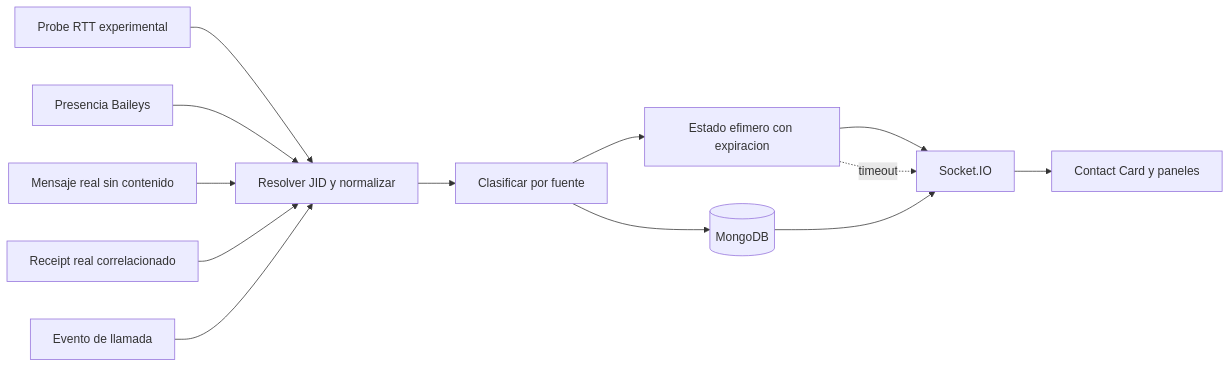
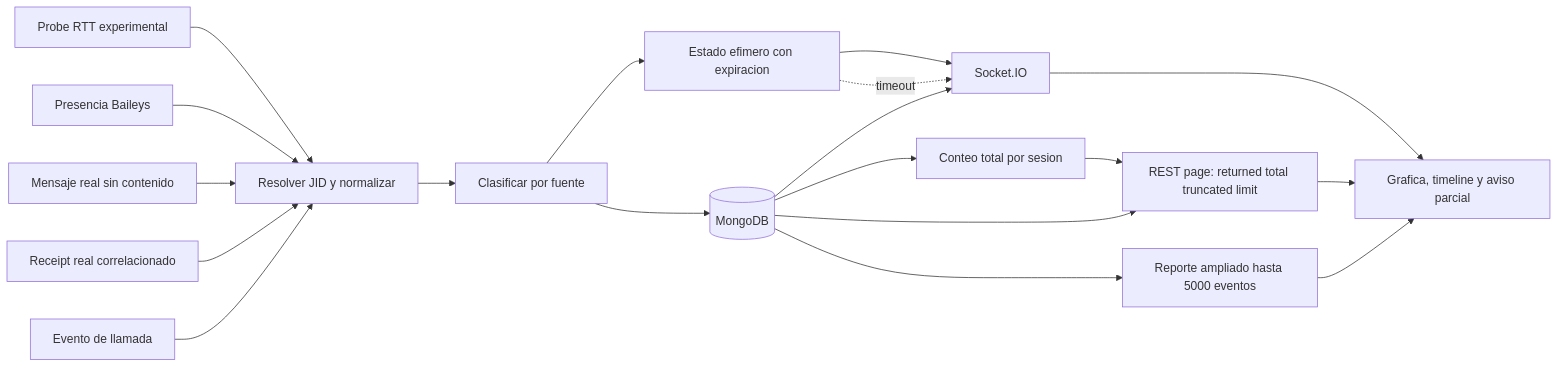
Before and after one commit to deco31416/wp-monitor: the diagram in docs/diagrams/06-activity-pipeline.md, drawn with Mermaid. The commit also changed other lines of this file and 34 other files, not shown here.

````diff
--- a/docs/diagrams/06-activity-pipeline.md
+++ b/docs/diagrams/06-activity-pipeline.md
@@ -7,28 +7,36 @@
 ```mermaid
 flowchart LR
     RTT[Probe RTT experimental]
     Presence[Presencia Baileys]
     Message[Mensaje real sin contenido]
     Receipt[Receipt real correlacionado]
     Call[Evento de llamada]
 
     Normalize[Resolver JID y normalizar]
     Classify[Clasificar por fuente]
     Ephemeral[Estado efimero con expiracion]
     Durable[(MongoDB)]
+    Count[Conteo total por sesion]
+    ActivityAPI[REST page: returned total truncated limit]
     Socket[Socket.IO]
-    UI[Contact Card y paneles]
+    UI[Grafica, timeline y aviso parcial]
+    FullReport[Reporte ampliado hasta 5000 eventos]
 
     RTT --> Normalize
     Presence --> Normalize
     Message --> Normalize
     Receipt --> Normalize
     Call --> Normalize
     Normalize --> Classify
     Classify --> Ephemeral
     Classify --> Durable
     Ephemeral --> Socket
     Durable --> Socket
+    Durable --> Count --> ActivityAPI
+    Durable --> ActivityAPI
+    Durable --> FullReport
     Socket --> UI
+    ActivityAPI --> UI
+    FullReport --> UI
     Ephemeral -. timeout .-> Socket
 ```
````
